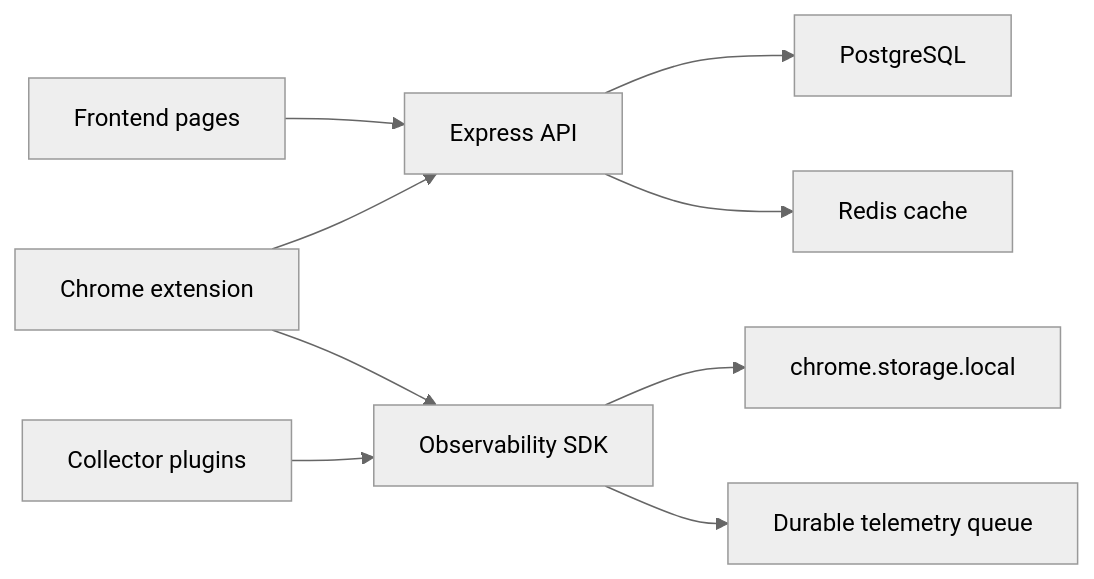
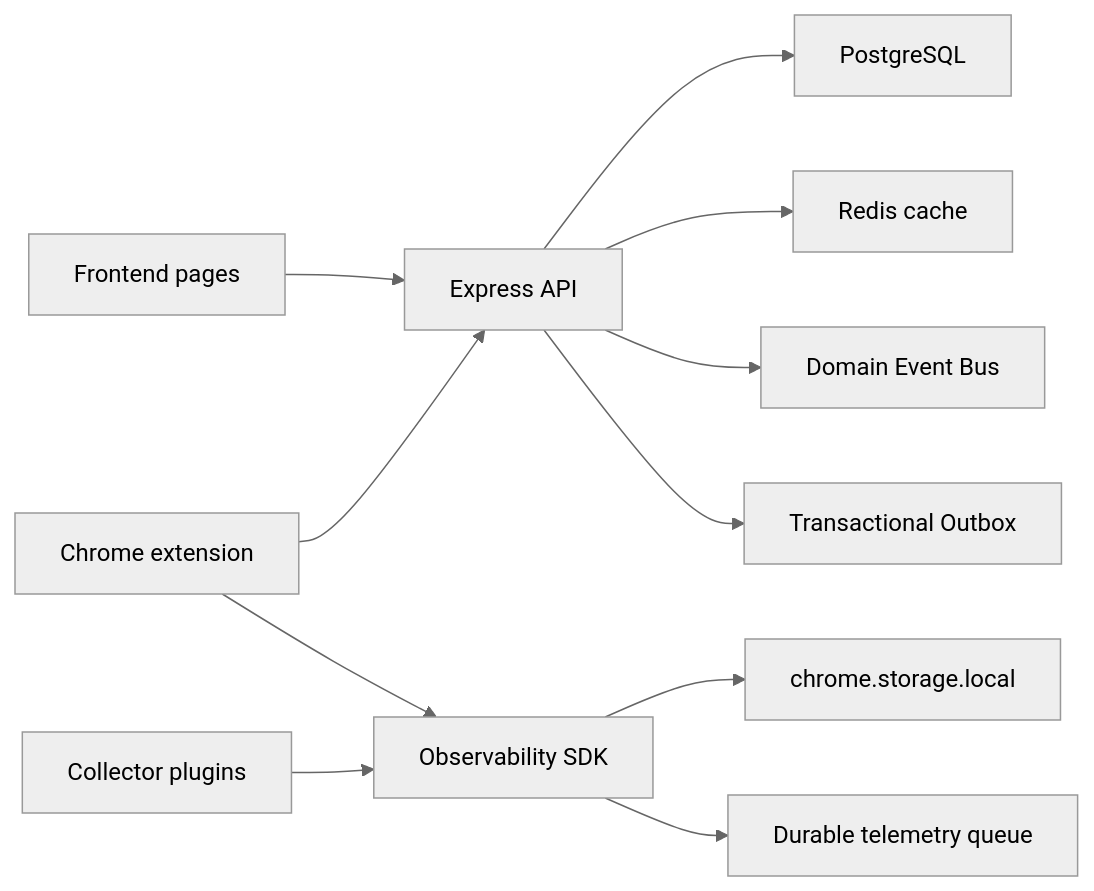
Before and after one commit to Absosh/CPInsight: the diagram in docs/README.md, drawn with Mermaid (neutral theme). The commit also changed other lines of this file and 30 other files, not shown here.

Commit message:
feat(events): add transactional outbox relay

````diff
--- a/docs/README.md
+++ b/docs/README.md
@@ -62,11 +64,13 @@
 ```mermaid
 flowchart LR
   Browser["Frontend pages"] --> API["Express API"]
   API --> PG["PostgreSQL"]
   API --> Redis["Redis cache"]
+  API --> DomainBus["Domain Event Bus"]
+  API --> Outbox["Transactional Outbox"]
   Extension["Chrome extension"] --> API
   Extension --> SDK["Observability SDK"]
   SDK --> Store["chrome.storage.local"]
   SDK --> Queue["Durable telemetry queue"]
   Collectors["Collector plugins"] --> SDK
 ```
````
